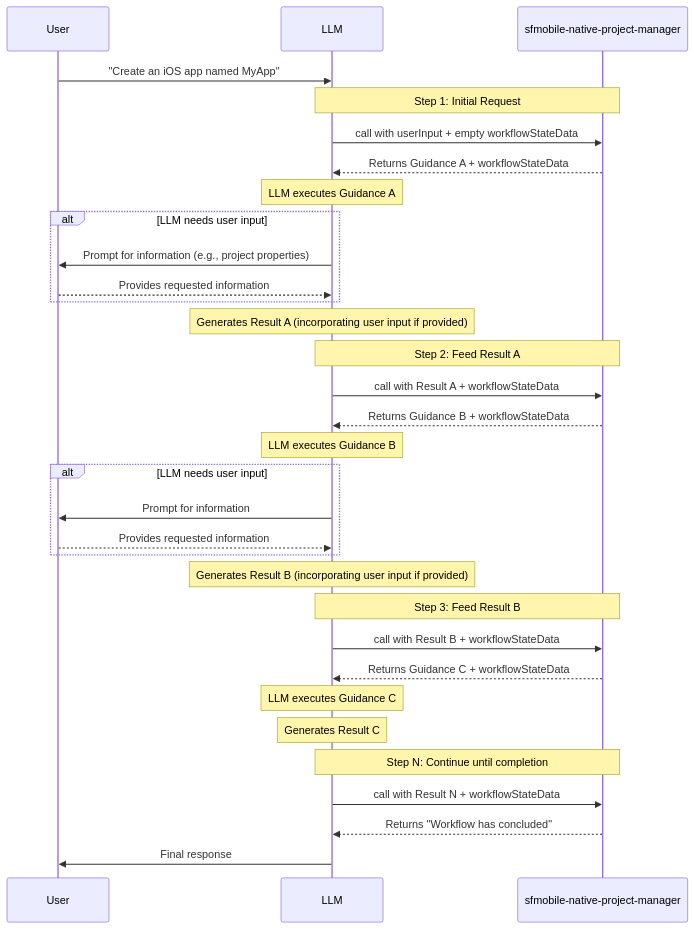
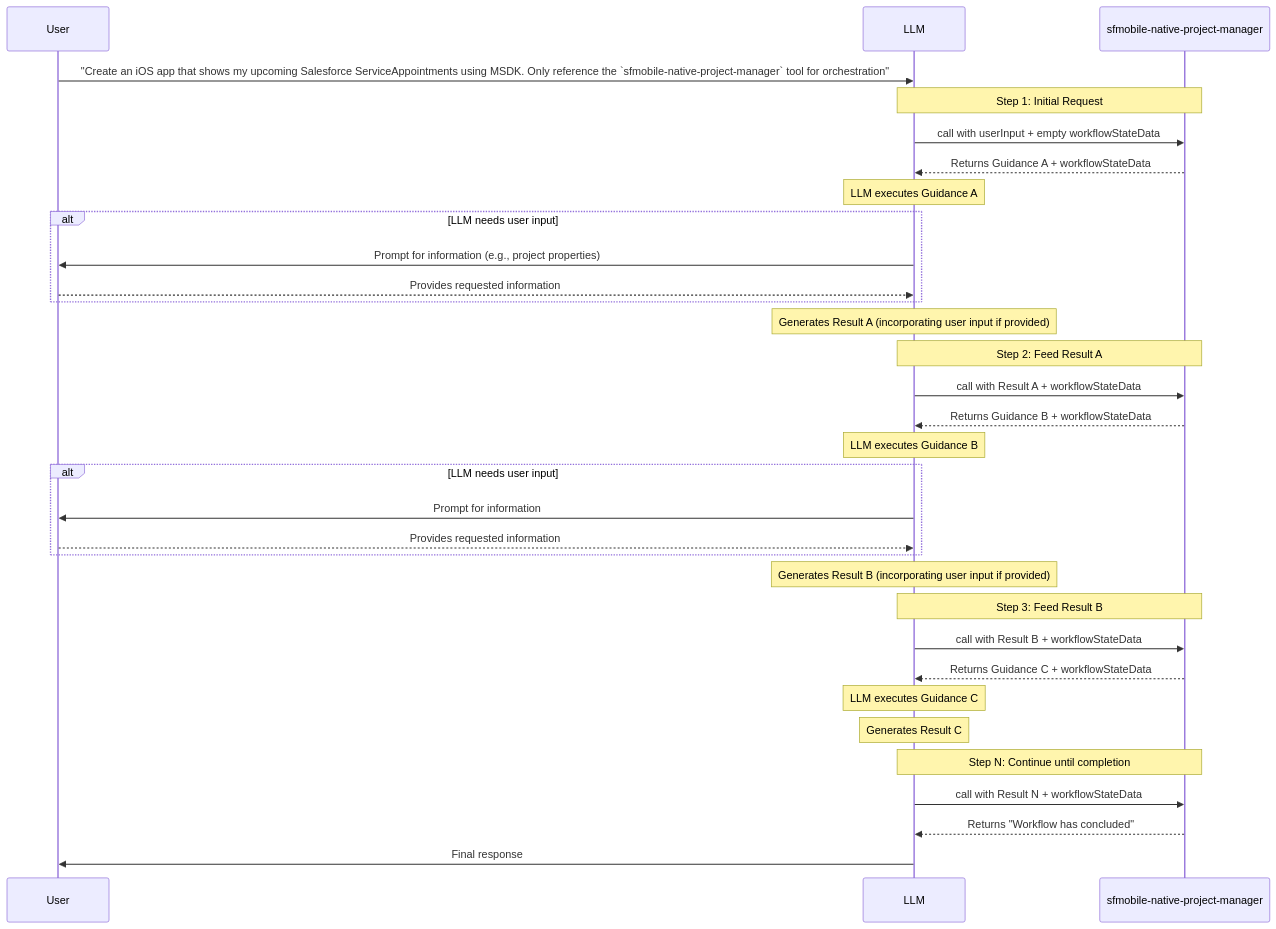
The diagram in docs/mcp-orchestrator-eval-requirements.md (haifeng-li-at-salesforce/mobile-mcp-tools), drawn with Mermaid before and after one commit. The commit also changed other lines of this file, not shown here.

````diff
--- a/docs/mcp-orchestrator-eval-requirements.md
+++ b/docs/mcp-orchestrator-eval-requirements.md
@@ -18,47 +18,47 @@
 ```mermaid
 sequenceDiagram
     participant User
     participant LLM
     participant Orchestrator as sfmobile-native-project-manager
 
-    User->>LLM: "Create an iOS app named MyApp"
+    User->>LLM: "Create an iOS app that shows my upcoming Salesforce ServiceAppointments using MSDK. Only reference the `sfmobile-native-project-manager` tool for orchestration"
 
     Note over LLM,Orchestrator: Step 1: Initial Request
     LLM->>Orchestrator: call with userInput + empty workflowStateData
     Orchestrator-->>LLM: Returns Guidance A + workflowStateData
 
     Note over LLM: LLM executes Guidance A
 
     alt LLM needs user input
         LLM->>User: Prompt for information (e.g., project properties)
         User-->>LLM: Provides requested information
     end
 
     Note over LLM: Generates Result A (incorporating user input if provided)
 
     Note over LLM,Orchestrator: Step 2: Feed Result A
     LLM->>Orchestrator: call with Result A + workflowStateData
     Orchestrator-->>LLM: Returns Guidance B + workflowStateData
 
     Note over LLM: LLM executes Guidance B
 
     alt LLM needs user input
         LLM->>User: Prompt for information
         User-->>LLM: Provides requested information
     end
 
     Note over LLM: Generates Result B (incorporating user input if provided)
 
     Note over LLM,Orchestrator: Step 3: Feed Result B
     LLM->>Orchestrator: call with Result B + workflowStateData
     Orchestrator-->>LLM: Returns Guidance C + workflowStateData
 
     Note over LLM: LLM executes Guidance C
     Note over LLM: Generates Result C
 
     Note over LLM,Orchestrator: Step N: Continue until completion
     LLM->>Orchestrator: call with Result N + workflowStateData
     Orchestrator-->>LLM: Returns "Workflow has concluded"
 
     LLM->>User: Final response
 ```
````
